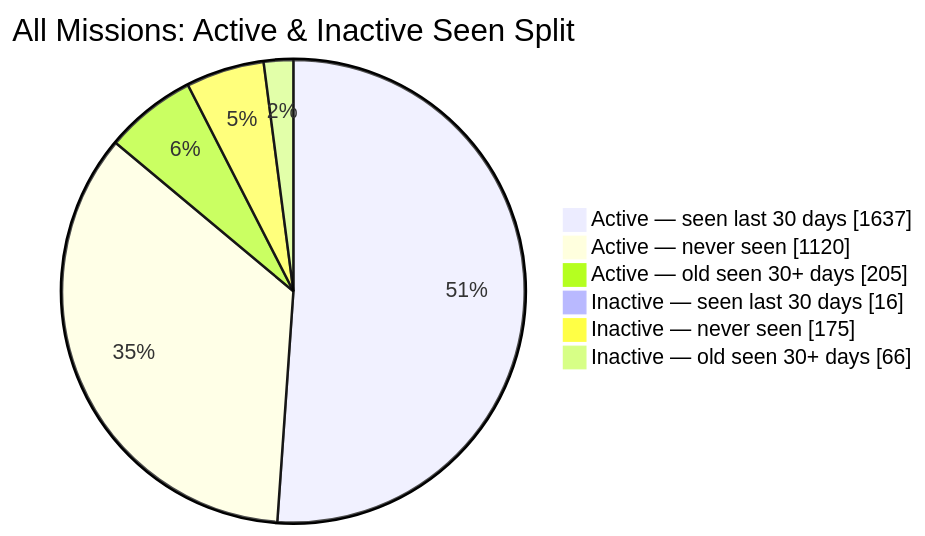
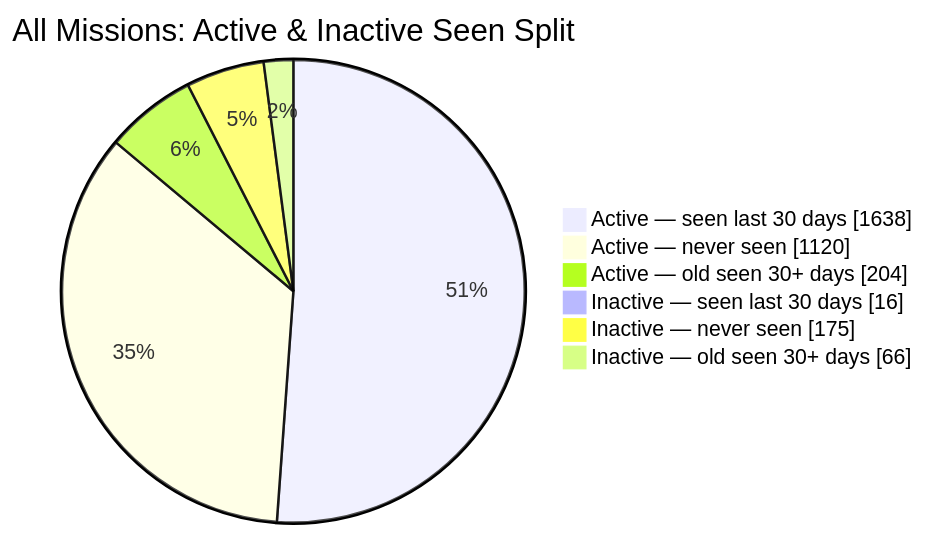
One commit to MeldkamerspelGameTeam/active-missions changed the second of 2 diagrams in README.md. Above: the diagram before and after it, drawn with Mermaid. The commit also changed other lines of this file and 2 other files, not shown here.

````diff
--- a/README.md
+++ b/README.md
@@ -44,10 +44,10 @@
 ```mermaid
 pie showData
     title All Missions: Active & Inactive Seen Split
-    "Active — seen last 30 days" : 1637
+    "Active — seen last 30 days" : 1638
     "Active — never seen" : 1120
-    "Active — old seen 30+ days" : 205
+    "Active — old seen 30+ days" : 204
     "Inactive — seen last 30 days" : 16
     "Inactive — never seen" : 175
     "Inactive — old seen 30+ days" : 66
 ```
````
